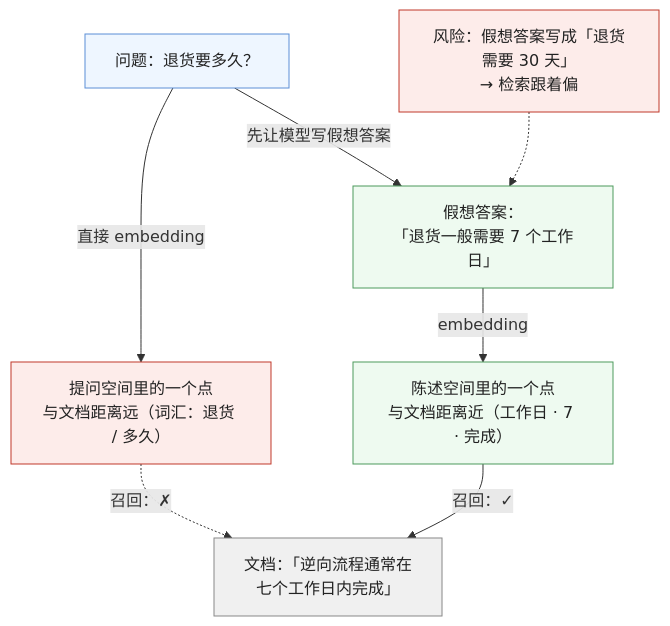
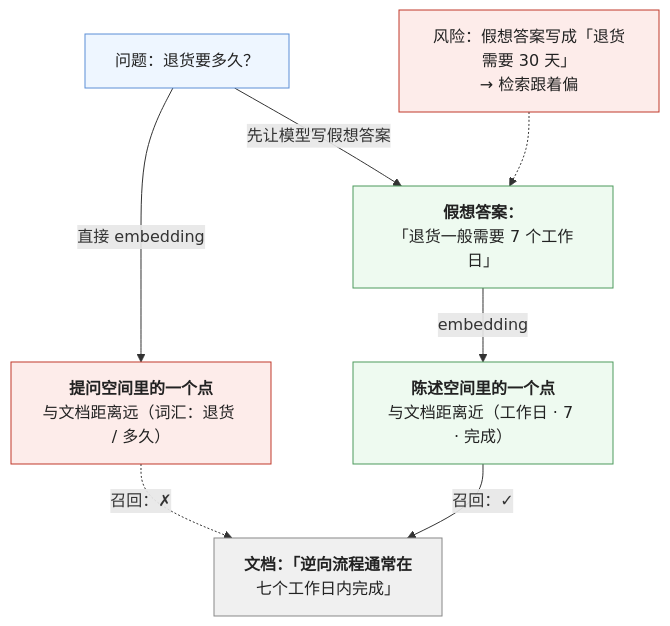
The third of 5 diagrams in _posts/2026-10-17-from-rag-pipelines-to-agentic-retrieval.md (arganzheng/arganzheng.github.com), drawn with Mermaid before and after one commit. The commit also changed other lines of this file and 7 other files, not shown here.

First line of the commit message:
检索与知识接入：私域知识怎么进入模型：Mermaid 多行方框的首行标为标题（8 篇）

````diff
--- a/_posts/2026-10-17-from-rag-pipelines-to-agentic-retrieval.md
+++ b/_posts/2026-10-17-from-rag-pipelines-to-agentic-retrieval.md
@@ -94,19 +94,19 @@
 ```mermaid
 %% 图：HyDE 为什么有效——问题「退货要多久」是提问句式，文档「逆向流程通常在七个工作日内完成」是陈述句式，两者在向量空间里离得远；让模型先写一段假想答案「退货一般需要 7 个工作日」，它与文档同是陈述、词汇更接近，用它去检索距离更近；风险是假想答案跑偏时检索跟着偏
 flowchart TB
-    Q["问题：退货要多久？"] -->|"直接 embedding"| QV["提问空间里的一个点<br/>与文档距离远（词汇：退货 / 多久）"]
-    Q -->|"先让模型写假想答案"| H["假想答案：<br/>「退货一般需要 7 个工作日」"]
-    H -->|"embedding"| HV["陈述空间里的一个点<br/>与文档距离近（工作日 · 7 · 完成）"]
-    D["文档：「逆向流程通常在<br/>七个工作日内完成」"]
+    Q["问题：退货要多久？"] -->|"直接 embedding"| QV["<b>提问空间里的一个点</b><br/>与文档距离远（词汇：退货 / 多久）"]
+    Q -->|"先让模型写假想答案"| H["<b>假想答案：</b><br/>「退货一般需要 7 个工作日」"]
+    H -->|"embedding"| HV["<b>陈述空间里的一个点</b><br/>与文档距离近（工作日 · 7 · 完成）"]
+    D["<b>文档：「逆向流程通常在</b><br/>七个工作日内完成」"]
     QV -.->|"召回：✗"| D
     HV -->|"召回：✓"| D
     R["风险：假想答案写成「退货需要 30 天」<br/>→ 检索跟着偏"] -.-> H
     classDef q fill:#eef6ff,stroke:#5b8fd6,color:#222
     classDef bad fill:#fdecea,stroke:#c0392b,color:#222
     classDef ok fill:#eefaf0,stroke:#4d9a5c,color:#222
     classDef doc fill:#f0f0f0,stroke:#888,color:#222
     class Q q
     class QV,R bad
     class H,HV ok
     class D doc
 ```
````
